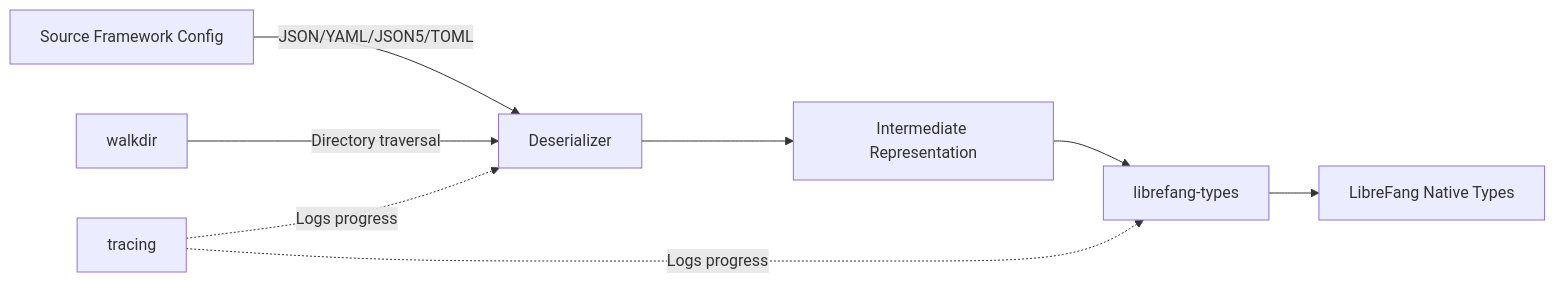
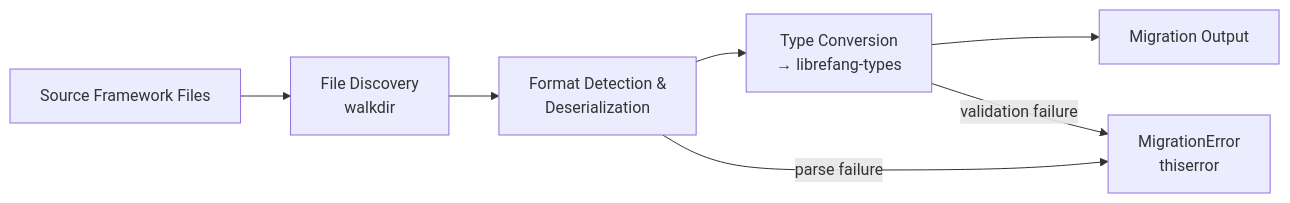
Before and after one commit to leszek3737/librefang-WIki: the diagram in other-librefang-migrate.md, drawn with Mermaid. The commit also changed other lines of this file and 110 other files, not shown here.

````diff
--- a/other-librefang-migrate.md
+++ b/other-librefang-migrate.md
@@ -28,11 +36,9 @@
 ```mermaid
-graph LR
-    A[Source Framework Config] -->|JSON/YAML/JSON5/TOML| B[Deserializer]
-    B --> C[Intermediate Representation]
-    C --> D[librefang-types]
-    D --> E[LibreFang Native Types]
-    
-    F[walkdir] -->|Directory traversal| B
-    G[tracing] -.->|Logs progress| B
-    G -.->|Logs progress| D
+flowchart LR
+    A[Source Framework Files] --> B[File Discovery<br/>walkdir]
+    B --> C[Format Detection &<br/>Deserialization]
+    C --> D[Type Conversion<br/>→ librefang-types]
+    D --> E[Migration Output]
+    C -->|parse failure| F[MigrationError<br/>thiserror]
+    D -->|validation failure| F
 ```
````
